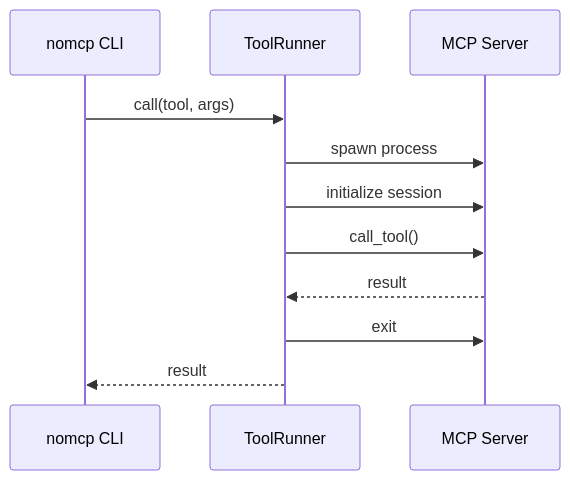
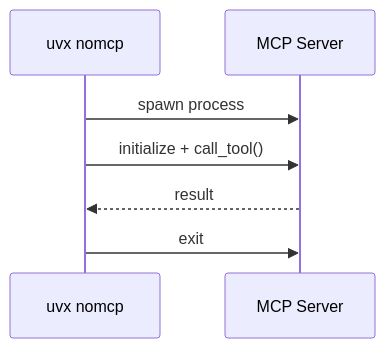
Before and after one commit to Am1n3e/unmcp: the first of 2 diagrams in README.md, drawn with Mermaid. The commit also changed other lines of this file and 1 other file, not shown here.

````diff
--- a/README.md
+++ b/README.md
@@ -65,14 +73,10 @@
 ```mermaid
 sequenceDiagram
-    participant CLI as nomcp CLI
-    participant TR as ToolRunner
+    participant CLI as uvx nomcp
     participant MCP as MCP Server
 
-    CLI->>TR: call(tool, args)
-    TR->>MCP: spawn process
-    TR->>MCP: initialize session
-    TR->>MCP: call_tool()
-    MCP-->>TR: result
-    TR->>MCP: exit
-    TR-->>CLI: result
+    CLI->>MCP: spawn process
+    CLI->>MCP: initialize + call_tool()
+    MCP-->>CLI: result
+    CLI->>MCP: exit
 ```
````
